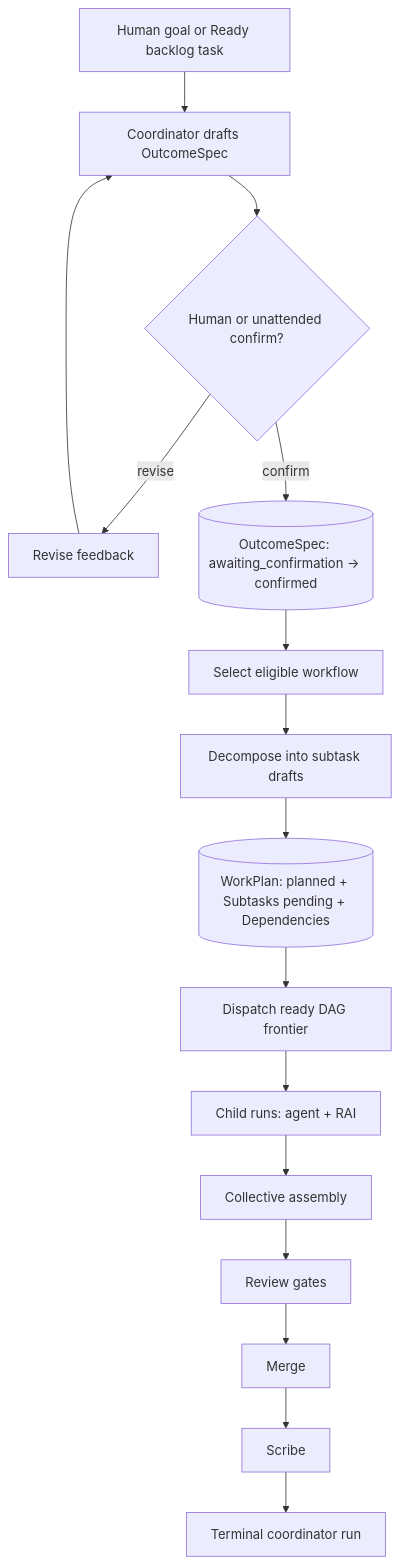
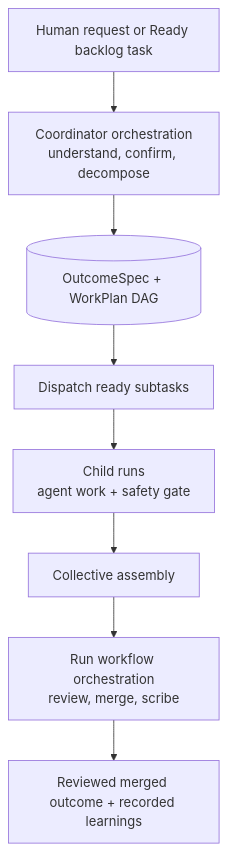
Before and after one commit to sabbour/agentweaver: the first of 14 diagrams in docs/deep-dive/orchestration.md, drawn with Mermaid. The commit also changed other lines of this file and 12 other files, not shown here.

````diff
--- a/docs/deep-dive/orchestration.md
+++ b/docs/deep-dive/orchestration.md
@@ -18,23 +14,13 @@
 ```mermaid
 flowchart TD
-    Goal[Human goal or Ready backlog task]
-    Draft[Coordinator drafts OutcomeSpec]
-    Confirm{Human or unattended confirm?}
-    Revise[Revise feedback]
-    Spec[(OutcomeSpec: awaiting_confirmation -> confirmed)]
-    Select[Select eligible workflow]
-    Decompose[Decompose into subtask drafts]
-    Plan[(WorkPlan: planned + Subtasks pending + Dependencies)]
-    Dispatch[Dispatch ready DAG frontier]
-    Children[Child runs: agent + RAI]
+    Request[Human request or Ready backlog task]
+    Coordinator[Coordinator orchestration<br/>understand, confirm, decompose]
+    Plan[(OutcomeSpec + WorkPlan DAG)]
+    Dispatch[Dispatch ready subtasks]
+    ChildRuns[Child runs<br/>agent work + safety gate]
     Assembly[Collective assembly]
-    Review[Review gates]
-    Merge[Merge]
-    Scribe[Scribe]
-    Done[Terminal coordinator run]
+    Workflow[Run workflow orchestration<br/>review, merge, scribe]
+    Result[Reviewed merged outcome + recorded learnings]
 
-    Goal --> Draft --> Confirm
-    Confirm -- revise --> Revise --> Draft
-    Confirm -- confirm --> Spec --> Select --> Decompose --> Plan --> Dispatch
-    Dispatch --> Children --> Assembly --> Review --> Merge --> Scribe --> Done
+    Request --> Coordinator --> Plan --> Dispatch --> ChildRuns --> Assembly --> Workflow --> Result
 ```
````
